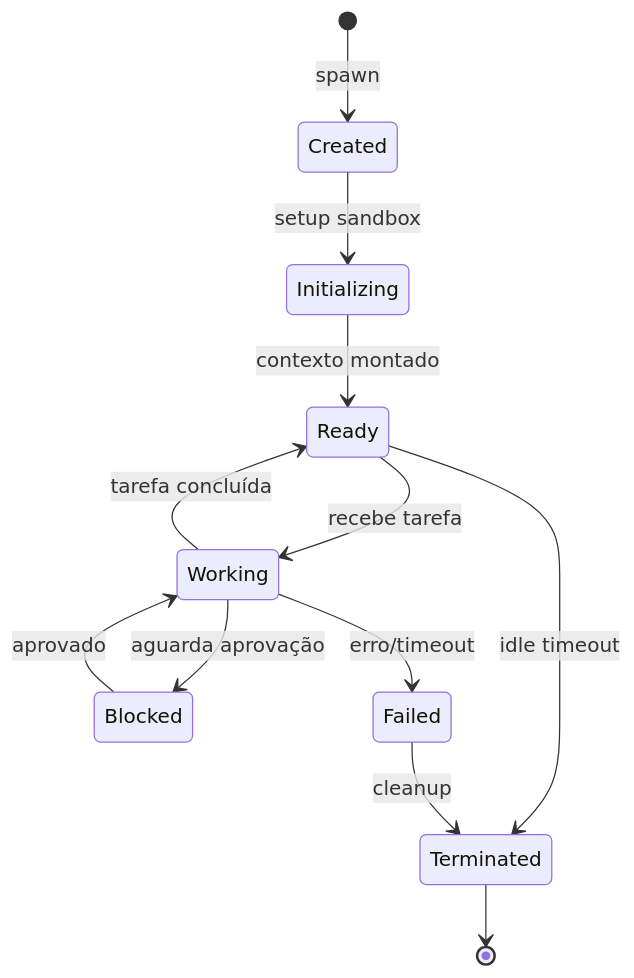
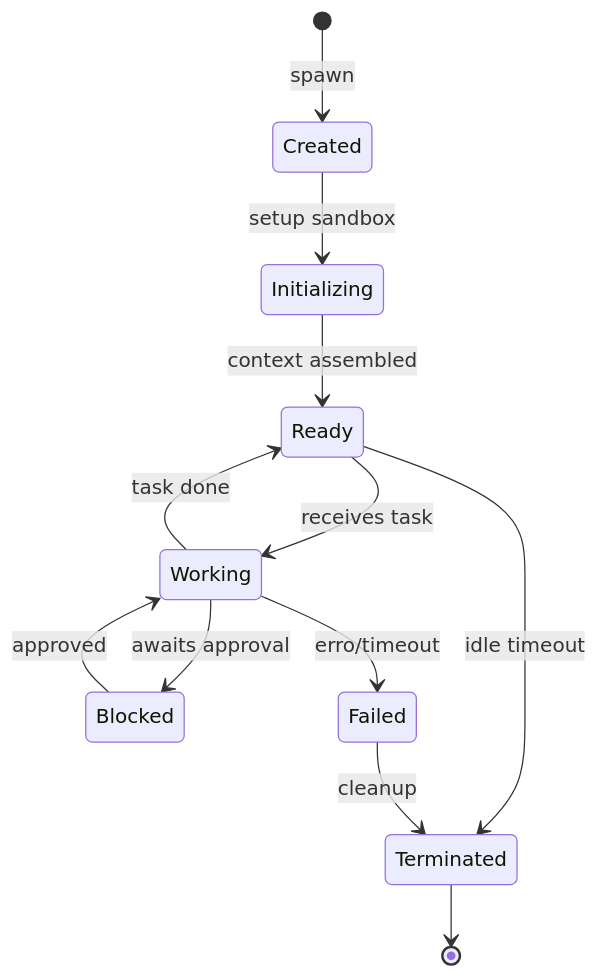
One commit to leonardo-moraes360/toolbelt changed the tenth of 17 diagrams in docs/arquitetura.md. Above: the diagram before and after it, drawn with Mermaid. The commit also changed other lines of this file and 9 other files, not shown here.

````diff
--- a/docs/arquitetura.md
+++ b/docs/arquitetura.md
@@ -636,14 +636,14 @@
 ```mermaid
 stateDiagram-v2
     [*] --> Created: spawn
     Created --> Initializing: setup sandbox
-    Initializing --> Ready: contexto montado
-    Ready --> Working: recebe tarefa
-    Working --> Ready: tarefa concluída
-    Working --> Blocked: aguarda aprovação
-    Blocked --> Working: aprovado
+    Initializing --> Ready: context assembled
+    Ready --> Working: receives task
+    Working --> Ready: task done
+    Working --> Blocked: awaits approval
+    Blocked --> Working: approved
     Working --> Failed: erro/timeout
     Ready --> Terminated: idle timeout
     Failed --> Terminated: cleanup
     Terminated --> [*]
 ```
````
